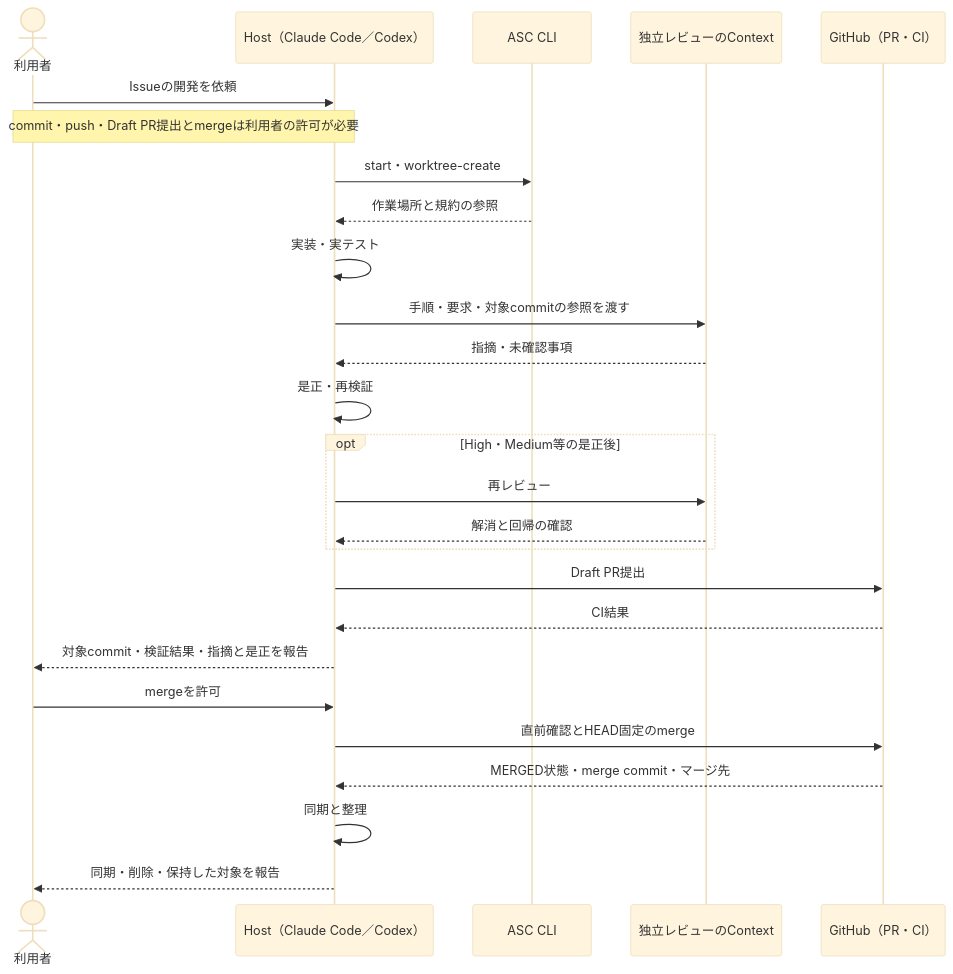
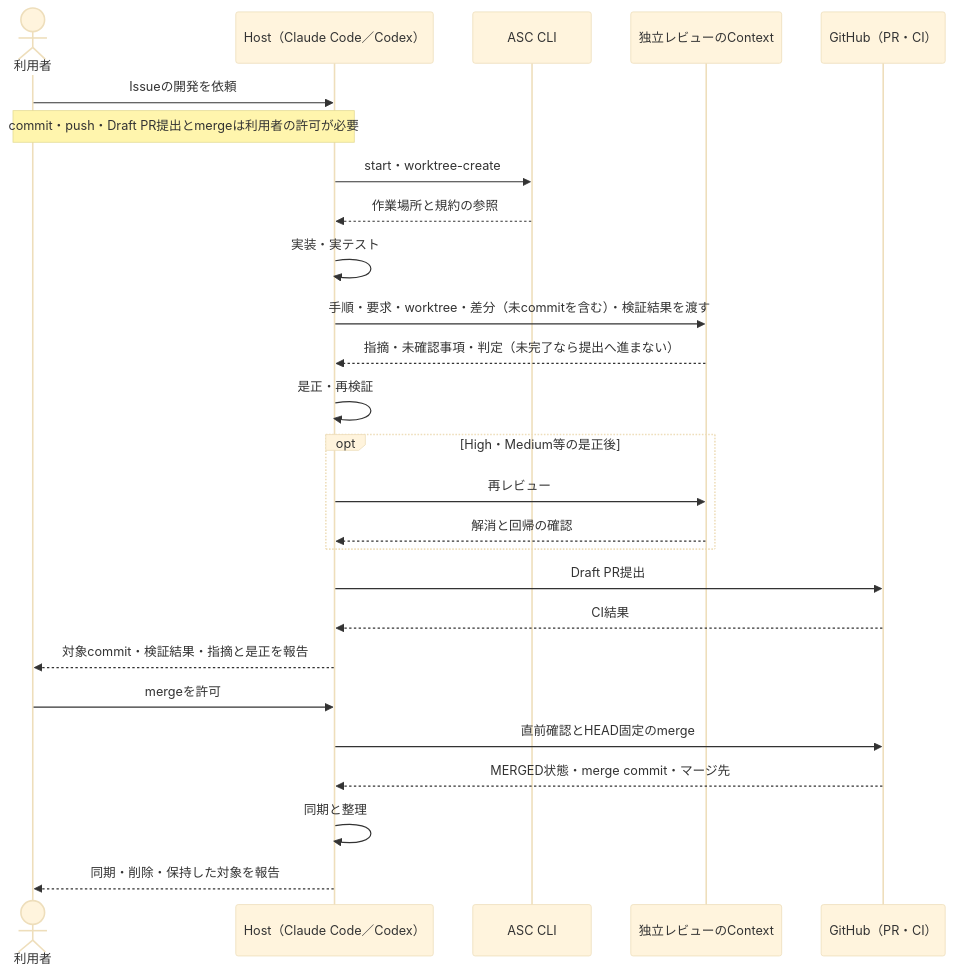
The second of 2 diagrams in README.md (techbeansjp-free/AGENTS.md), drawn with Mermaid (base theme) before and after one commit. The commit also changed other lines of this file, not shown here.

Commit message:
docs: show incomplete review, Low non-remediation and review inputs (#1674)
Address CodeRabbit: a Low finding may be left with a recorded reason,
an incomplete independent review does not proceed to submission, and the
reviewer receives the worktree, diff including uncommitted changes, and
verification results.

````diff
--- a/README.md
+++ b/README.md
@@ -50,28 +51,28 @@
 ```mermaid
 sequenceDiagram
   actor U as 利用者
   participant H as Host（Claude Code／Codex）
   participant C as ASC CLI
   participant R as 独立レビューのContext
   participant G as GitHub（PR・CI）
   U->>H: Issueの開発を依頼
   Note over U,H: commit・push・Draft PR提出とmergeは利用者の許可が必要
   H->>C: start・worktree-create
   C-->>H: 作業場所と規約の参照
   H->>H: 実装・実テスト
-  H->>R: 手順・要求・対象commitの参照を渡す
-  R-->>H: 指摘・未確認事項
+  H->>R: 手順・要求・worktree・差分（未commitを含む）・検証結果を渡す
+  R-->>H: 指摘・未確認事項・判定（未完了なら提出へ進まない）
   H->>H: 是正・再検証
   opt High・Medium等の是正後
     H->>R: 再レビュー
     R-->>H: 解消と回帰の確認
   end
   H->>G: Draft PR提出
   G-->>H: CI結果
   H-->>U: 対象commit・検証結果・指摘と是正を報告
   U->>H: mergeを許可
   H->>G: 直前確認とHEAD固定のmerge
   G-->>H: MERGED状態・merge commit・マージ先
   H->>H: 同期と整理
   H-->>U: 同期・削除・保持した対象を報告
 ```
````
